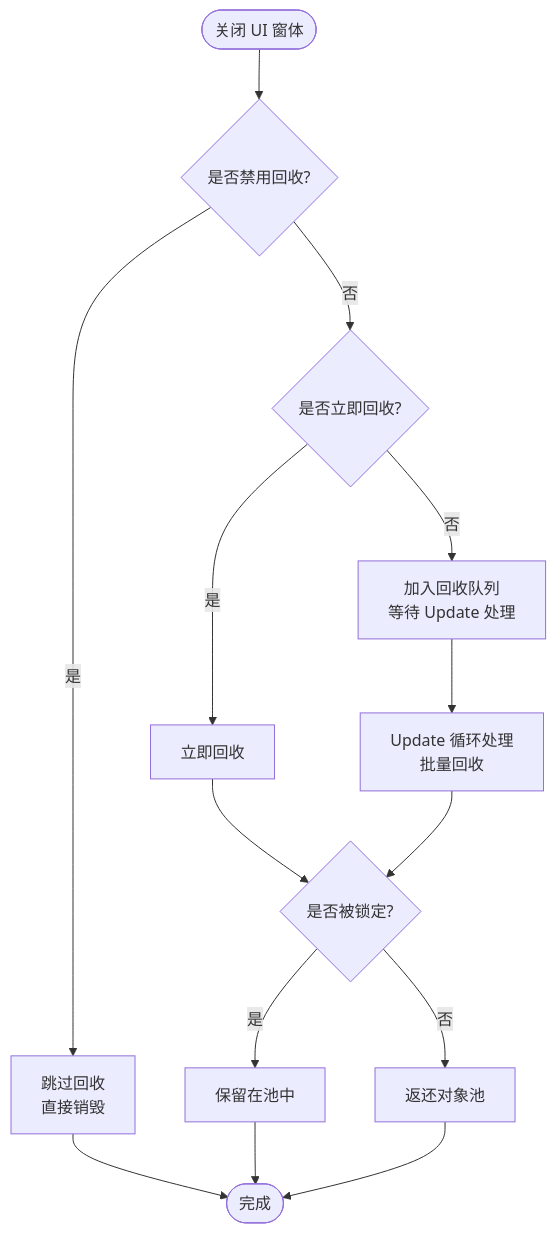
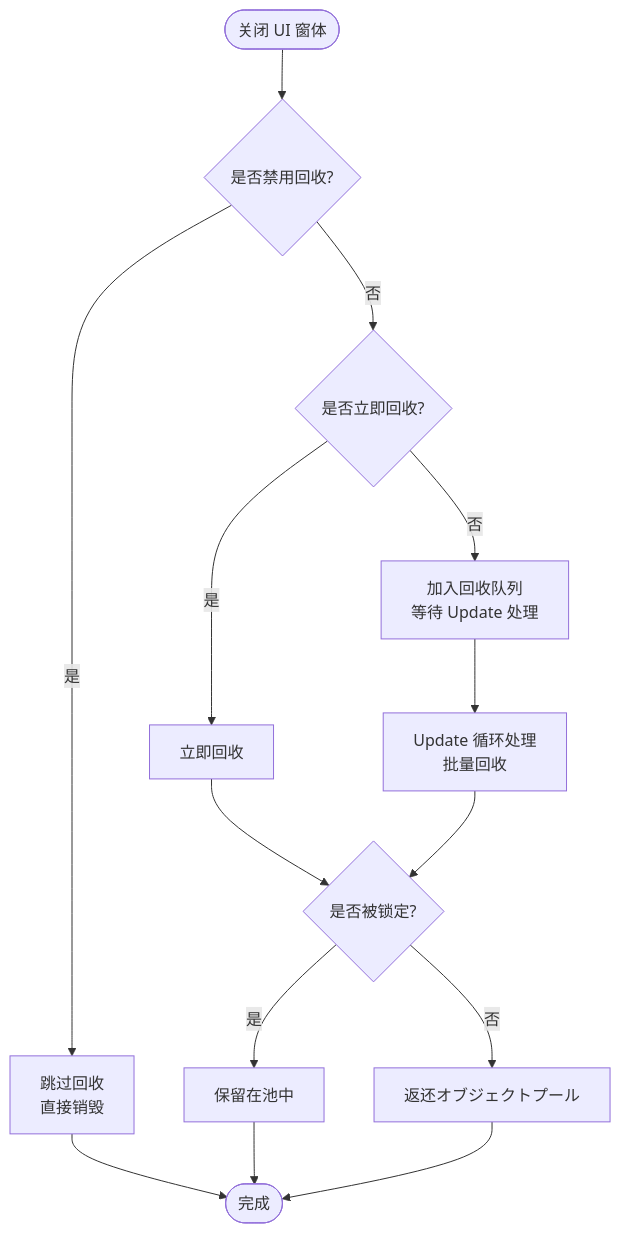
One commit to AlianBlank/GameFrameX.Docs changed the fourth of 4 diagrams in docs/ja/client/unity/component/ui/09.object-pool.md. Above: the diagram before and after it, drawn with Mermaid. The commit also changed other lines of this file and 603 other files, not shown here.

````diff
--- a/docs/ja/client/unity/component/ui/09.object-pool.md
+++ b/docs/ja/client/unity/component/ui/09.object-pool.md
@@ -137,20 +137,20 @@
 ```mermaid
 flowchart TD
     Start([关闭 UI 窗体]) --> CheckDisable{是否禁用回收?}
     CheckDisable -->|是| SkipRecycle[跳过回收<br/>直接销毁]
     CheckDisable -->|否| CheckNow{是否立即回收?}
     
     CheckNow -->|是| ImmediateRecycle[立即回收]
     CheckNow -->|否| QueueRecycle[加入回收队列<br/>等待 Update 处理]
     
     QueueRecycle --> Process[Update 循环处理<br/>批量回收]
     Process --> CheckLocked{是否被锁定?}
     
     ImmediateRecycle --> CheckLocked
     CheckLocked -->|是| Keep[保留在池中]
-    CheckLocked -->|否| ReturnPool[返还对象池]
+    CheckLocked -->|否| ReturnPool[返还オブジェクトプール]
     
     ReturnPool --> End([完成])
     SkipRecycle --> End
     Keep --> End
 ```
````
